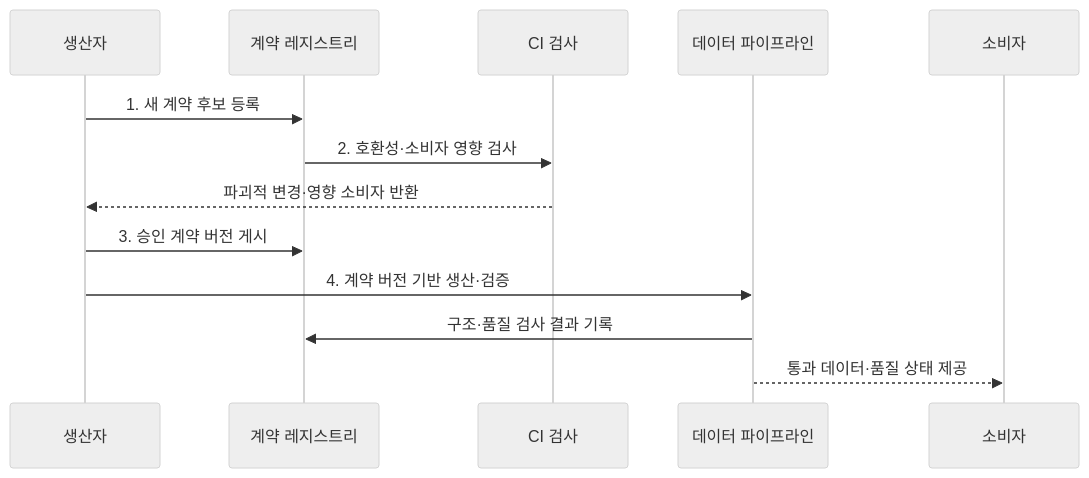
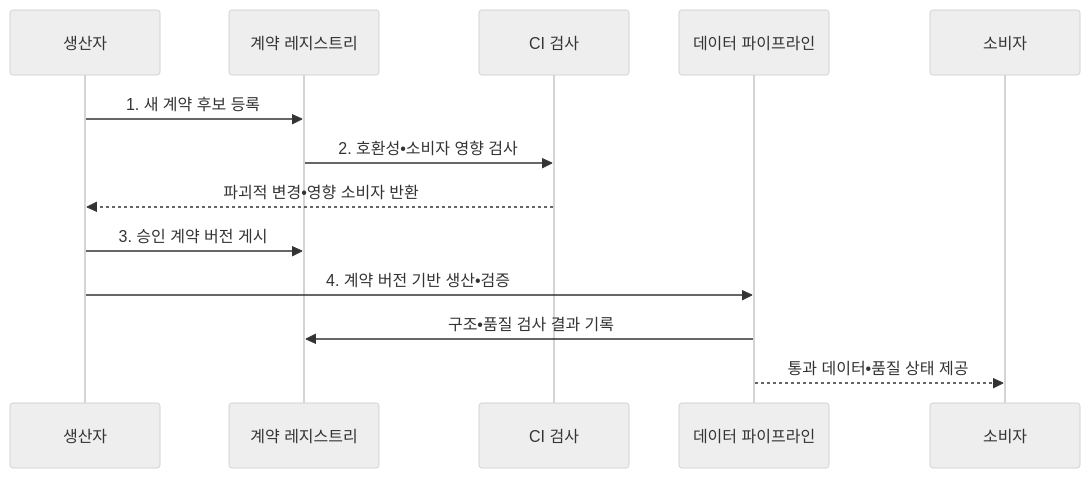
One commit to agnusdei1207/knowledge-base changed the second of 2 diagrams in src/content/docs/notes/03-software/140_data_contract.md. Above: the diagram before and after it, drawn with Mermaid (neutral theme). The commit also changed other lines of this file and 953 other files, not shown here.

````diff
--- a/src/content/docs/notes/03-software/140_data_contract.md
+++ b/src/content/docs/notes/03-software/140_data_contract.md
@@ -108,15 +108,15 @@
 ```mermaid
 sequenceDiagram
     participant P as 생산자
     participant R as 계약 레지스트리
     participant C as CI 검사
     participant V as 데이터 파이프라인
     participant U as 소비자
     P->>R: 1. 새 계약 후보 등록
-    R->>C: 2. 호환성·소비자 영향 검사
-    C-->>P: 파괴적 변경·영향 소비자 반환
+    R->>C: 2. 호환성•소비자 영향 검사
+    C-->>P: 파괴적 변경•영향 소비자 반환
     P->>R: 3. 승인 계약 버전 게시
-    P->>V: 4. 계약 버전 기반 생산·검증
-    V->>R: 구조·품질 검사 결과 기록
-    V-->>U: 통과 데이터·품질 상태 제공
+    P->>V: 4. 계약 버전 기반 생산•검증
+    V->>R: 구조•품질 검사 결과 기록
+    V-->>U: 통과 데이터•품질 상태 제공
 ```
````
